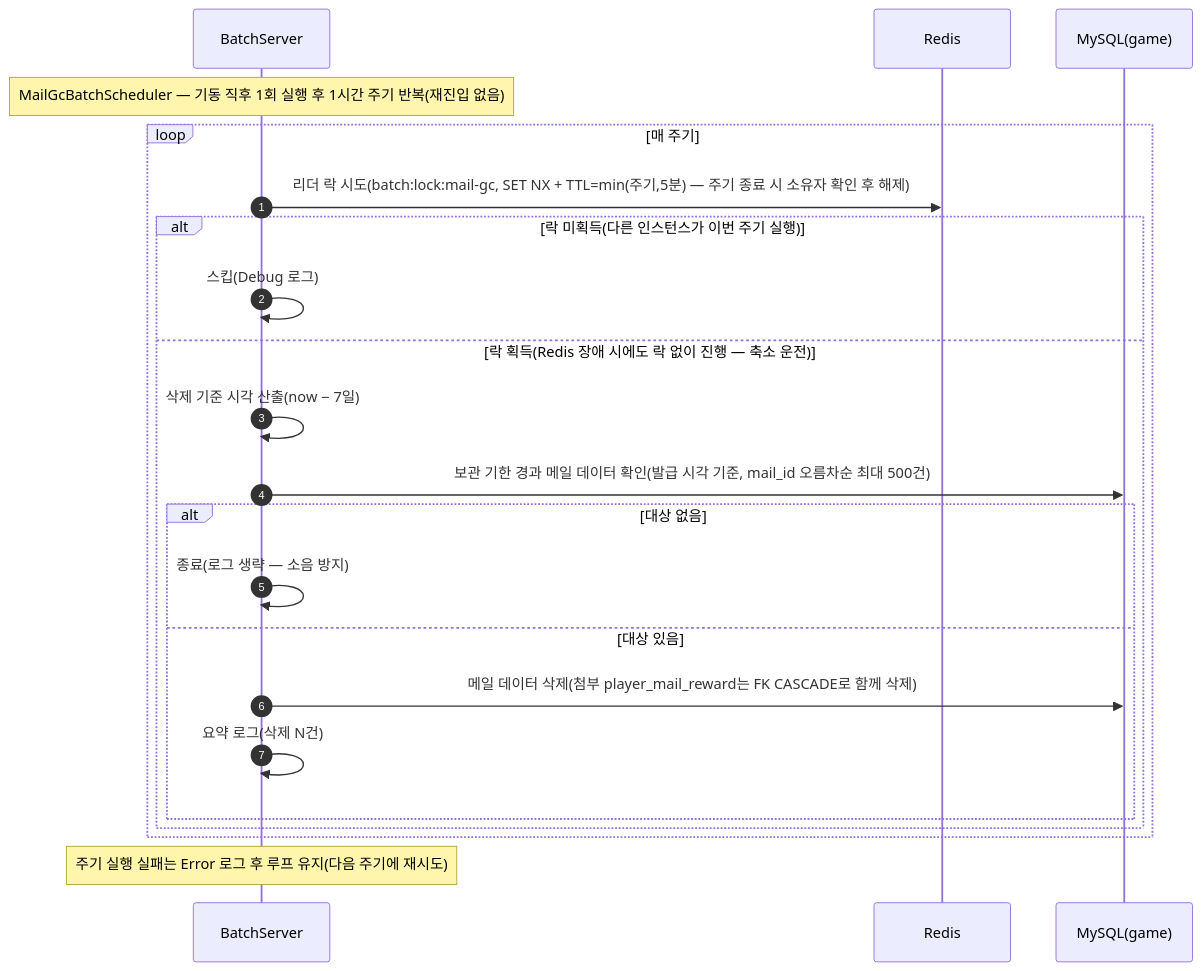
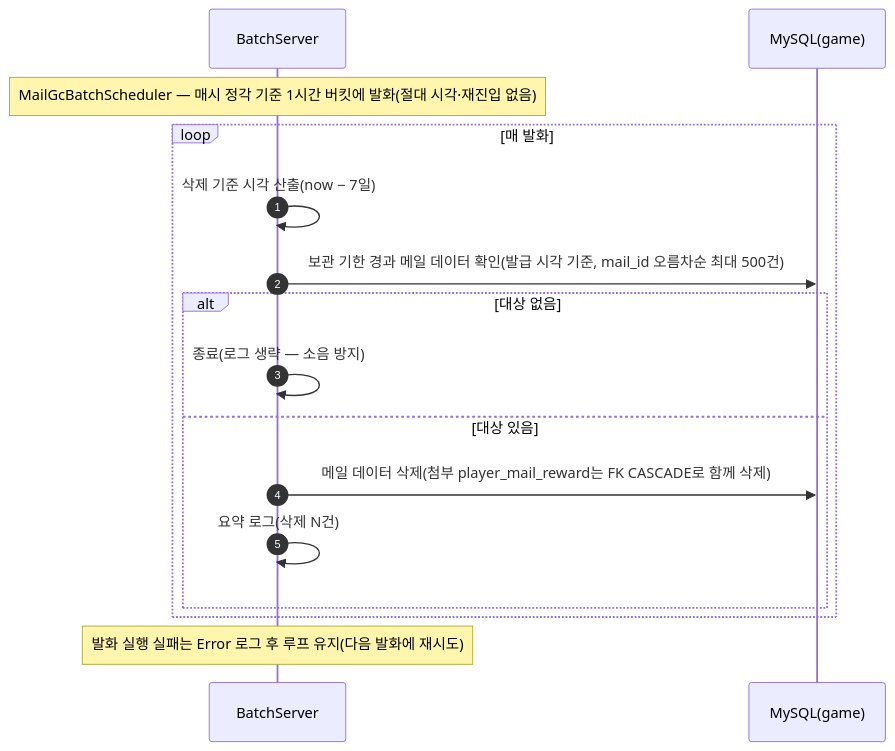
One commit to ks-wook/com2us-taskbar-hero changed diagram 41 of 48 in SequenceDiagram/README.md. Above: the diagram before and after it, drawn with Mermaid. The commit also changed other lines of this file and 83 other files, not shown here.

````diff
--- a/SequenceDiagram/README.md
+++ b/SequenceDiagram/README.md
@@ -1338,25 +1335,19 @@
 ```mermaid
 sequenceDiagram
     autonumber
     participant S as BatchServer
-    participant R as Redis
     participant DB as MySQL(game)
 
-    Note over S: MailGcBatchScheduler — 기동 직후 1회 실행 후 1시간 주기 반복(재진입 없음)
-    loop 매 주기
-        S->>R: 리더 락 시도(batch:lock:mail-gc, SET NX + TTL=min(주기,5분) — 주기 종료 시 소유자 확인 후 해제)
-        alt 락 미획득(다른 인스턴스가 이번 주기 실행)
-            S->>S: 스킵(Debug 로그)
-        else 락 획득(Redis 장애 시에도 락 없이 진행 — 축소 운전)
-            S->>S: 삭제 기준 시각 산출(now − 7일)
-            S->>DB: 보관 기한 경과 메일 데이터 확인(발급 시각 기준, mail_id 오름차순 최대 500건)
-            alt 대상 없음
-                S->>S: 종료(로그 생략 — 소음 방지)
-            else 대상 있음
-                S->>DB: 메일 데이터 삭제(첨부 player_mail_reward는 FK CASCADE로 함께 삭제)
-                S->>S: 요약 로그(삭제 N건)
-            end
+    Note over S: MailGcBatchScheduler — 매시 정각 기준 1시간 버킷에 발화(절대 시각·재진입 없음)
+    loop 매 발화
+        S->>S: 삭제 기준 시각 산출(now − 7일)
+        S->>DB: 보관 기한 경과 메일 데이터 확인(발급 시각 기준, mail_id 오름차순 최대 500건)
+        alt 대상 없음
+            S->>S: 종료(로그 생략 — 소음 방지)
+        else 대상 있음
+            S->>DB: 메일 데이터 삭제(첨부 player_mail_reward는 FK CASCADE로 함께 삭제)
+            S->>S: 요약 로그(삭제 N건)
         end
     end
-    Note over S: 주기 실행 실패는 Error 로그 후 루프 유지(다음 주기에 재시도)
+    Note over S: 발화 실행 실패는 Error 로그 후 루프 유지(다음 발화에 재시도)
 ```
````
